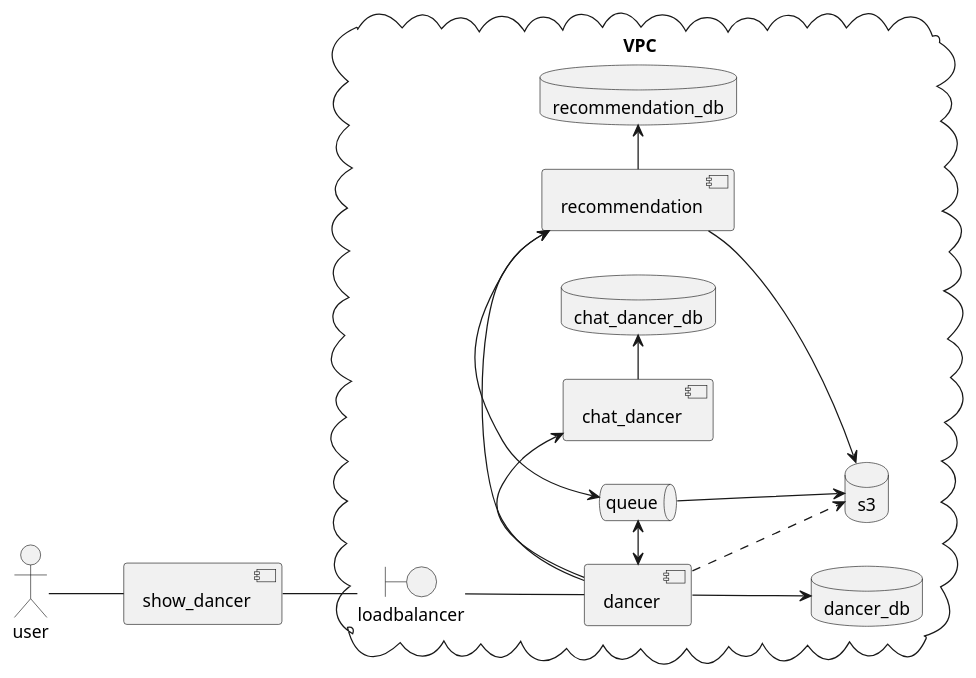
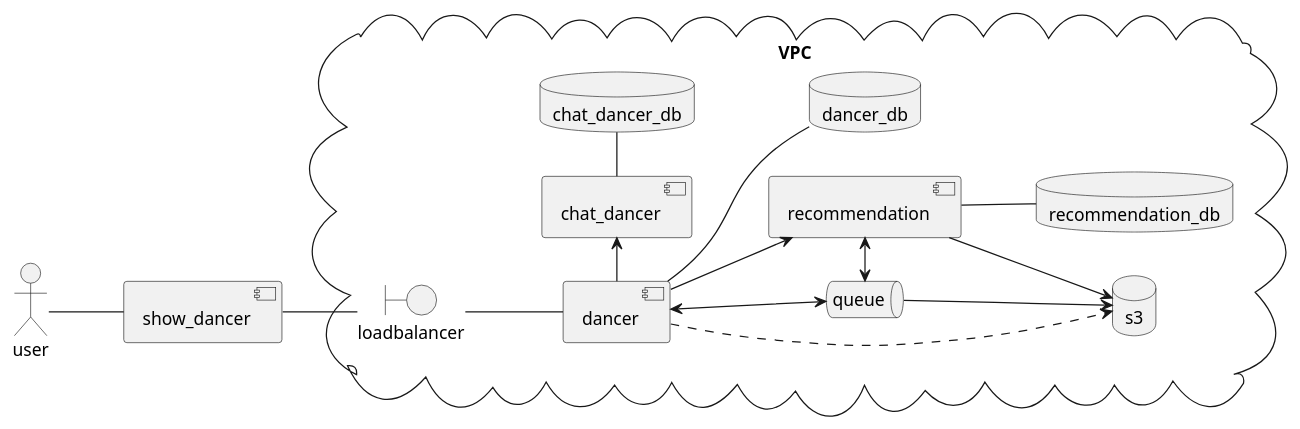
One commit to dancier/documentation changed the first of 5 diagrams in src/main/jbake/content/documentation/arc42/src/04_solution_strategy.adoc. Above: the diagram before and after it, drawn with PlantUML.

Commit message:
no direction for db-dependencies

```diff
--- a/src/main/jbake/content/documentation/arc42/src/04_solution_strategy.adoc
+++ b/src/main/jbake/content/documentation/arc42/src/04_solution_strategy.adoc
@@ -6,41 +6,41 @@
 [plantuml, high-level-architecture, svg]
 ....
 @startuml
 left to right direction
 actor user
 component show_dancer
 cloud VPC {
    boundary loadbalancer
    component dancer
    database dancer_db
 
    component chat_dancer
    database  chat_dancer_db
 
    component recommendation
    database recommendation_db
 
    database s3
 
    queue queue
 }
 user -- show_dancer
 show_dancer -- loadbalancer
 loadbalancer -- dancer
-dancer --> dancer_db
-dancer ..> s3
+dancer -- dancer_db
+dancer ...> s3
 dancer -> recommendation
 dancer -> chat_dancer
 
 recommendation -> s3
-recommendation -> recommendation_db
+recommendation -- recommendation_db
 
-chat_dancer -> chat_dancer_db
+chat_dancer - chat_dancer_db
 
-dancer <-> queue
+dancer <--> queue
 queue <-> recommendation
 
 queue -> s3
 
 @enduml
 ....
```
